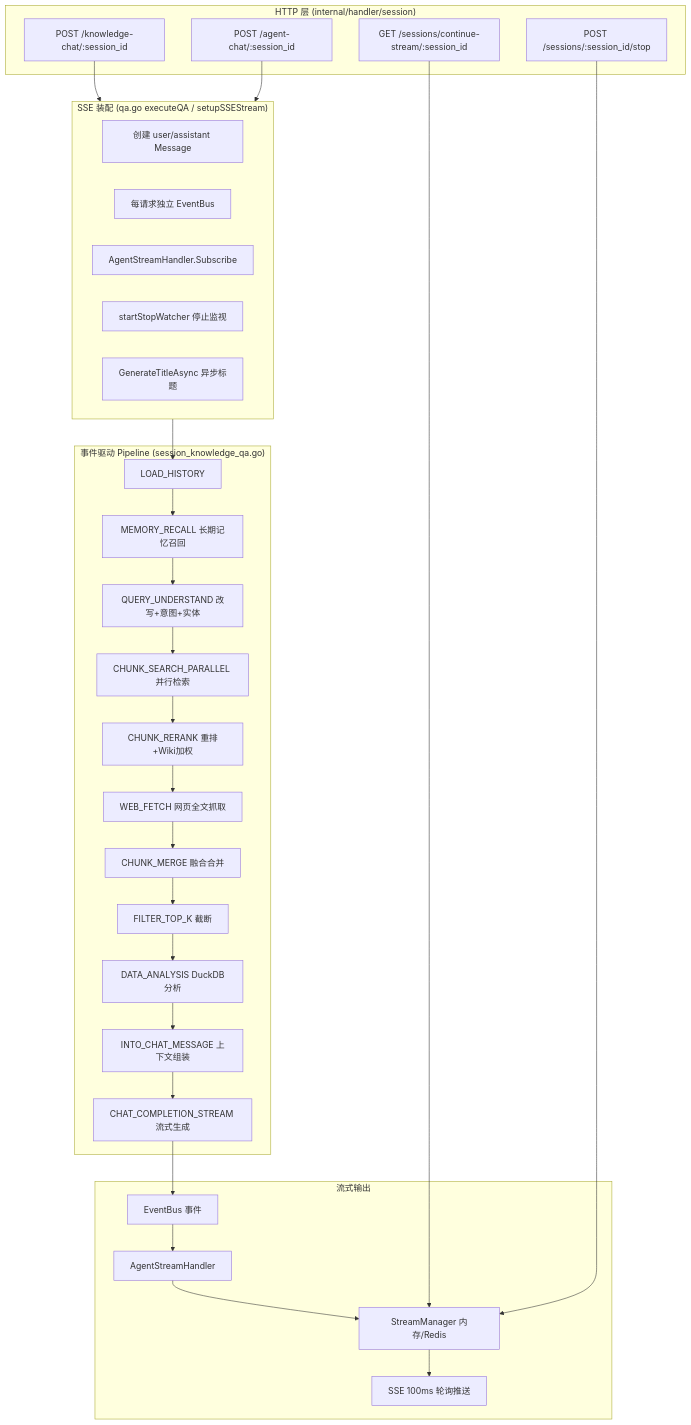
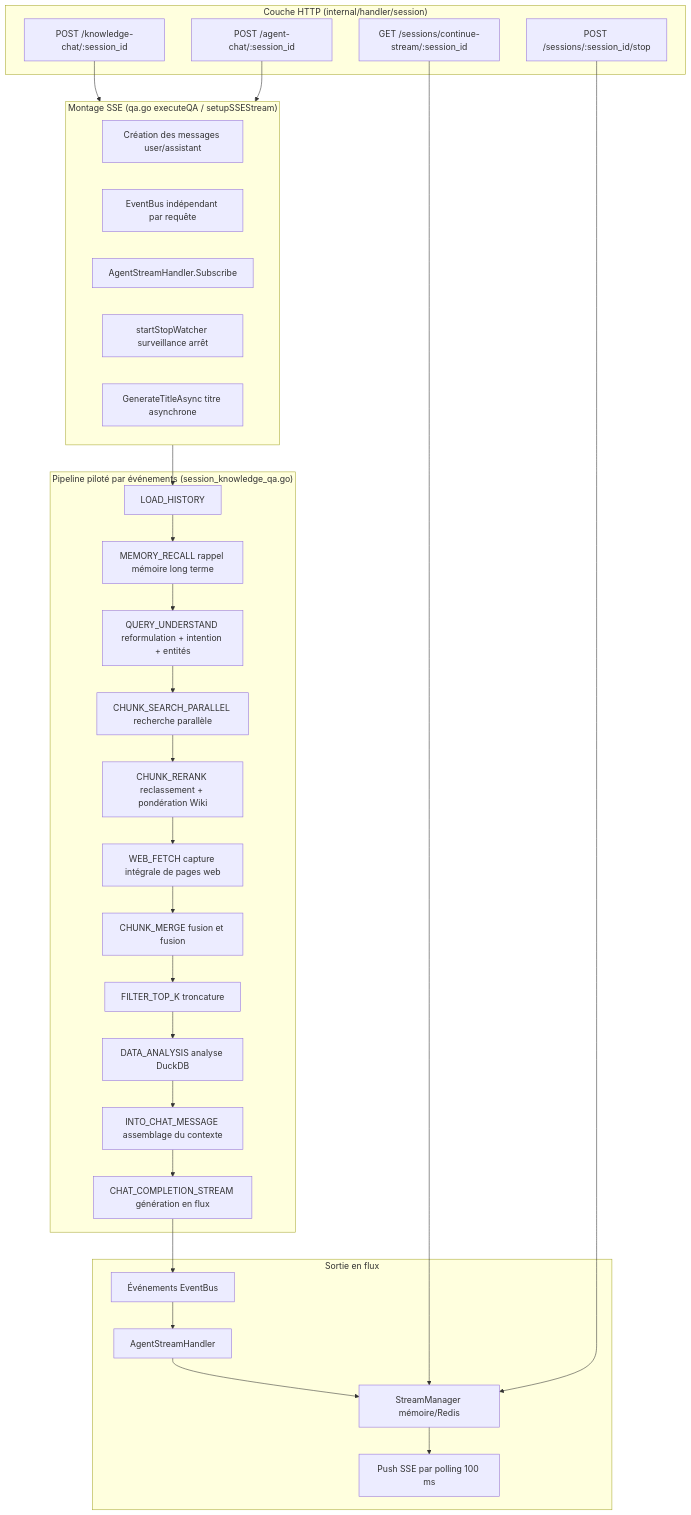
One commit to samiriggui-code/gsms-template changed the first of 3 diagrams in website-docs/02-architecture/04-rag-pipeline.md. Above: the diagram before and after it, drawn with Mermaid. The commit also changed other lines of this file and 301 other files, not shown here.

````diff
--- a/website-docs/02-architecture/04-rag-pipeline.md
+++ b/website-docs/02-architecture/04-rag-pipeline.md
@@ -9,45 +9,45 @@
 ```mermaid
 flowchart TD
-    subgraph HTTP["HTTP 层 (internal/handler/session)"]
+    subgraph HTTP["Couche HTTP (internal/handler/session)"]
         A1["POST /knowledge-chat/:session_id"]
         A2["POST /agent-chat/:session_id"]
         A3["GET /sessions/continue-stream/:session_id"]
         A4["POST /sessions/:session_id/stop"]
     end
 
-    subgraph Setup["SSE 装配 (qa.go executeQA / setupSSEStream)"]
-        B1["创建 user/assistant Message"]
-        B2["每请求独立 EventBus"]
+    subgraph Setup["Montage SSE (qa.go executeQA / setupSSEStream)"]
+        B1["Création des messages user/assistant"]
+        B2["EventBus indépendant par requête"]
         B3["AgentStreamHandler.Subscribe"]
-        B4["startStopWatcher 停止监视"]
-        B5["GenerateTitleAsync 异步标题"]
+        B4["startStopWatcher surveillance arrêt"]
+        B5["GenerateTitleAsync titre asynchrone"]
     end
 
-    subgraph Pipeline["事件驱动 Pipeline (session_knowledge_qa.go)"]
+    subgraph Pipeline["Pipeline piloté par événements (session_knowledge_qa.go)"]
         C0["LOAD_HISTORY"]
-        CM["MEMORY_RECALL 长期记忆召回"]
-        C1["QUERY_UNDERSTAND 改写+意图+实体"]
-        C2["CHUNK_SEARCH_PARALLEL 并行检索"]
-        C3["CHUNK_RERANK 重排+Wiki加权"]
-        C4["WEB_FETCH 网页全文抓取"]
-        C5["CHUNK_MERGE 融合合并"]
-        C6["FILTER_TOP_K 截断"]
-        C7["DATA_ANALYSIS DuckDB分析"]
-        C8["INTO_CHAT_MESSAGE 上下文组装"]
-        C9["CHAT_COMPLETION_STREAM 流式生成"]
+        CM["MEMORY_RECALL rappel mémoire long terme"]
+        C1["QUERY_UNDERSTAND reformulation + intention + entités"]
+        C2["CHUNK_SEARCH_PARALLEL recherche parallèle"]
+        C3["CHUNK_RERANK reclassement + pondération Wiki"]
+        C4["WEB_FETCH capture intégrale de pages web"]
+        C5["CHUNK_MERGE fusion et fusion"]
+        C6["FILTER_TOP_K troncature"]
+        C7["DATA_ANALYSIS analyse DuckDB"]
+        C8["INTO_CHAT_MESSAGE assemblage du contexte"]
+        C9["CHAT_COMPLETION_STREAM génération en flux"]
     end
 
-    subgraph Streaming["流式输出"]
-        D1["EventBus 事件"]
+    subgraph Streaming["Sortie en flux"]
+        D1["Événements EventBus"]
         D2["AgentStreamHandler"]
-        D3["StreamManager 内存/Redis"]
-        D4["SSE 100ms 轮询推送"]
+        D3["StreamManager mémoire/Redis"]
+        D4["Push SSE par polling 100 ms"]
     end
 
     A1 --> Setup
     A2 --> Setup
     Setup --> C0 --> CM --> C1 --> C2 --> C3 --> C4 --> C5 --> C6 --> C7 --> C8 --> C9
     C9 --> D1 --> D2 --> D3 --> D4
     A3 --> D3
     A4 --> D3
 ```
````
